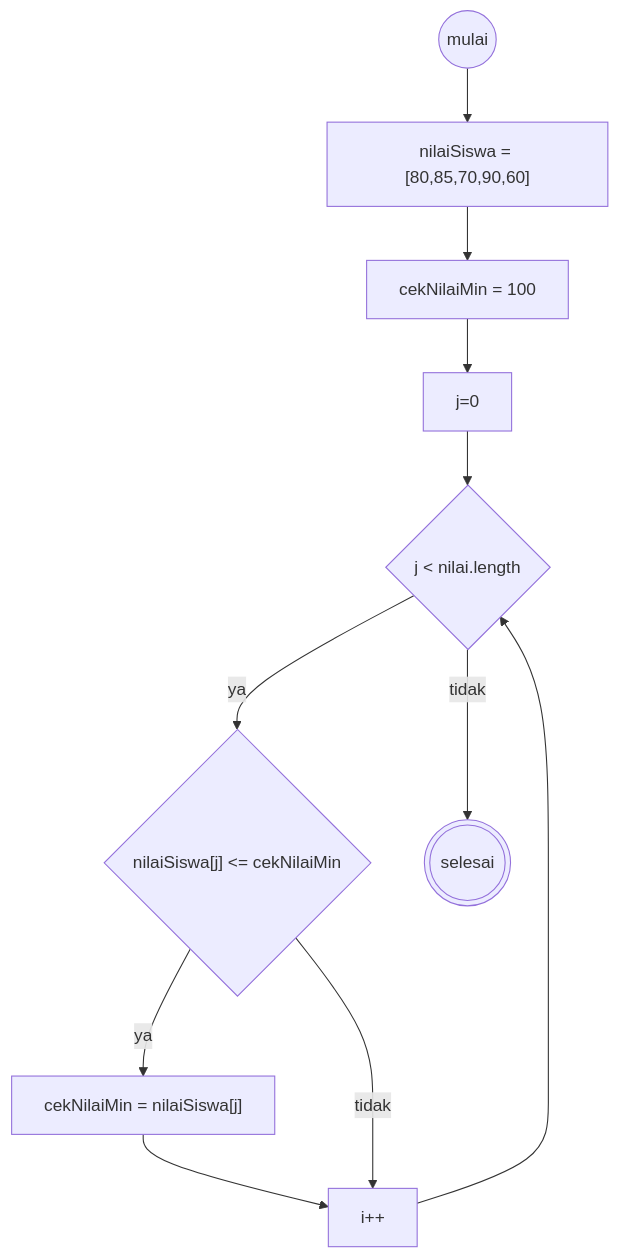
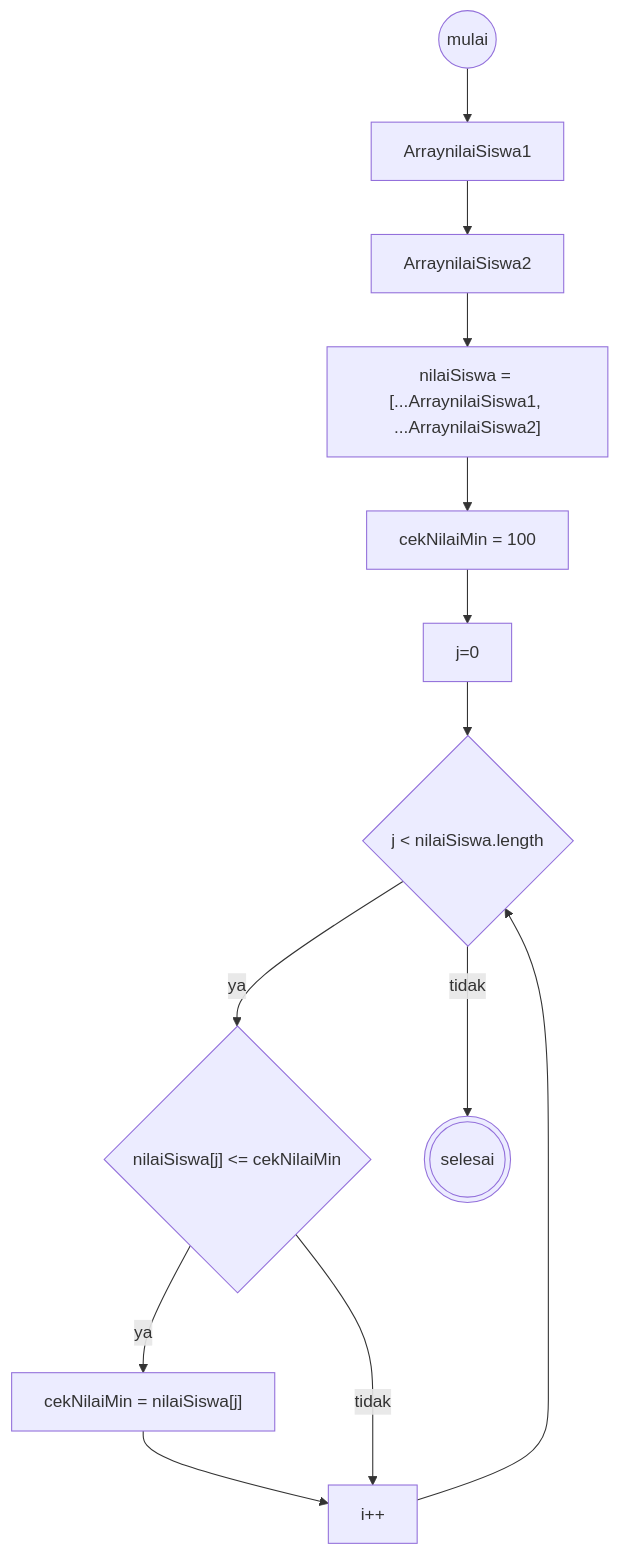
Before and after one commit to asasonda/koda-b1-javascript2: the second of 3 diagrams in koda-b1-minitask1.md, drawn with Mermaid. The commit also changed other lines of this file, not shown here.

````diff
--- a/koda-b1-minitask1.md
+++ b/koda-b1-minitask1.md
@@ -19,14 +21,16 @@
 ```mermaid
 flowchart TD
-    start((mulai)) --> NilaiArray["nilaiSiswa = [80,85,70,90,60]"]
-    NilaiArray --> deklarasi[cekNilaiMin = 100]
+    start((mulai)) --> NilaiArray["ArraynilaiSiswa1"]
+    NilaiArray --> array2[ArraynilaiSiswa2]
+    array2 --> spread["nilaiSiswa = [...ArraynilaiSiswa1, ...ArraynilaiSiswa2]"]
+    spread --> deklarasi[cekNilaiMin = 100]
     deklarasi --> i[j=0]
-    i --> cek{"j < nilai.length"}
+    i --> cek{"j < nilaiSiswa.length"}
     cek -- ya --> kondisi{"nilaiSiswa[j] <= cekNilaiMin"}
     cek -- tidak --> selesai(((selesai)))
 
     kondisi -- ya --> simpan["cekNilaiMin = nilaiSiswa[j]"]
     simpan --> increament[i++]
     increament --> cek
     kondisi -- tidak --> increament
 ```
````
